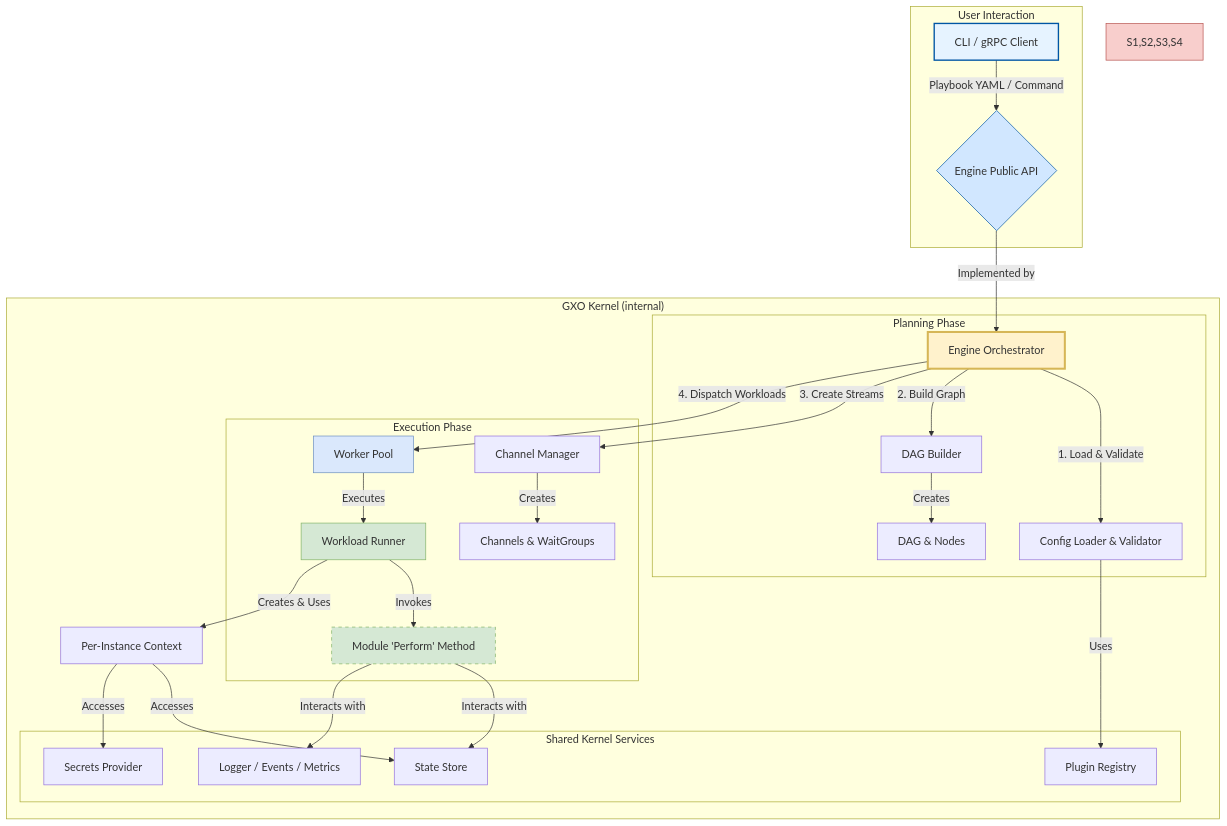
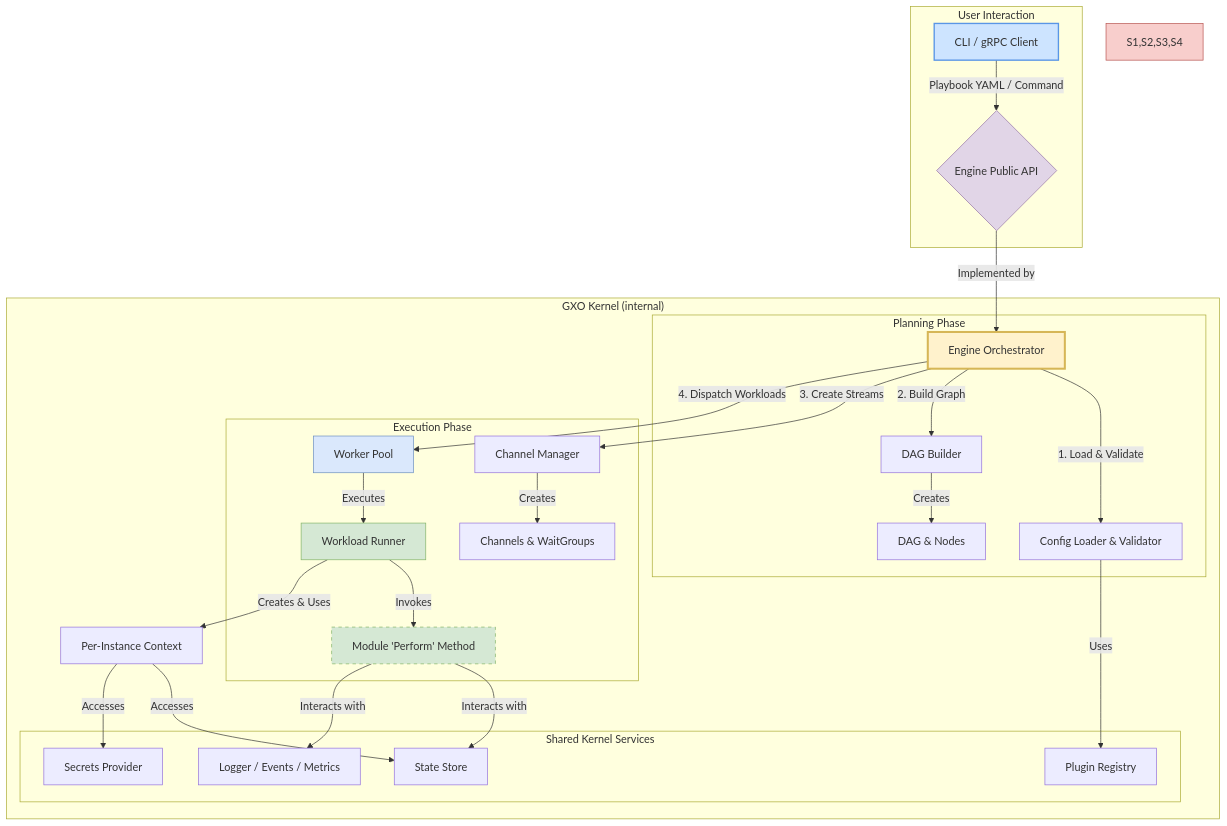
The diagram in docs/GXO Architecture Design.md (gxo-labs/gxo), drawn with Mermaid before and after one commit. The commit also changed other lines of this file, not shown here.

Commit message:
Update GXO Architecture Design.md

````diff
--- a/docs/GXO Architecture Design.md
+++ b/docs/GXO Architecture Design.md
@@ -104,58 +87,58 @@
 ```mermaid
 graph TD
     subgraph User Interaction
         A[CLI / gRPC Client] -- "Playbook YAML / Command" --> B{Engine Public API};
     end
 
     subgraph "GXO Kernel (internal)"
-        B -- Implemented by --> C[Engine Orchestrator];
+        B -- "Implemented by" --> C[Engine Orchestrator];
 
         subgraph "Planning Phase"
             D[Config Loader & Validator];
             E[DAG Builder];
             H[DAG & Nodes];
 
             C -- "1. Load & Validate" --> D;
             C -- "2. Build Graph" --> E;
-            E -- Creates --> H;
+            E -- "Creates" --> H;
         end
 
         subgraph "Execution Phase"
             F[Channel Manager];
             G[Worker Pool];
             I[Channels & WaitGroups];
             J[Workload Runner];
             L[Module 'Perform' Method];
 
             C -- "3. Create Streams" --> F;
             C -- "4. Dispatch Workloads" --> G;
-            F -- Creates --> I;
-            G -- Executes --> J;
-            J -- Invokes --> L;
+            F -- "Creates" --> I;
+            G -- "Executes" --> J;
+            J -- "Invokes" --> L;
         end
 
         J -- "Creates & Uses" --> K[Per-Instance Context];
 
         subgraph "Shared Kernel Services"
             S1[State Store];
             S2[Secrets Provider];
             S3[Plugin Registry];
             S4["Logger / Events / Metrics"];
         end
 
-        D -- Uses --> S3;
-        K -- Accesses --> S1;
-        K -- Accesses --> S2;
+        D -- "Uses" --> S3;
+        K -- "Accesses" --> S1;
+        K -- "Accesses" --> S2;
         L -- "Interacts with" --> S1;
         L -- "Interacts with" --> S4;
 
     end
 
-    style A fill:#e6f3ff,stroke:#0055a4,stroke-width:2px;
-    style B fill:#d1e7ff,stroke:#0055a4;
+    style A fill:#cde4ff,stroke:#5a96e6,stroke-width:2px;
+    style B fill:#e1d5e7,stroke:#9673a6;
     style C fill:#fff2cc,stroke:#d6b656,stroke-width:3px;
     style G fill:#dae8fc,stroke:#6c8ebf;
     style J fill:#d5e8d4,stroke:#82b366;
     style L fill:#d5e8d4,stroke:#82b366,stroke-dasharray: 5 5;
     style S1,S2,S3,S4 fill:#f8cecc,stroke:#b85450;
 ```
````
